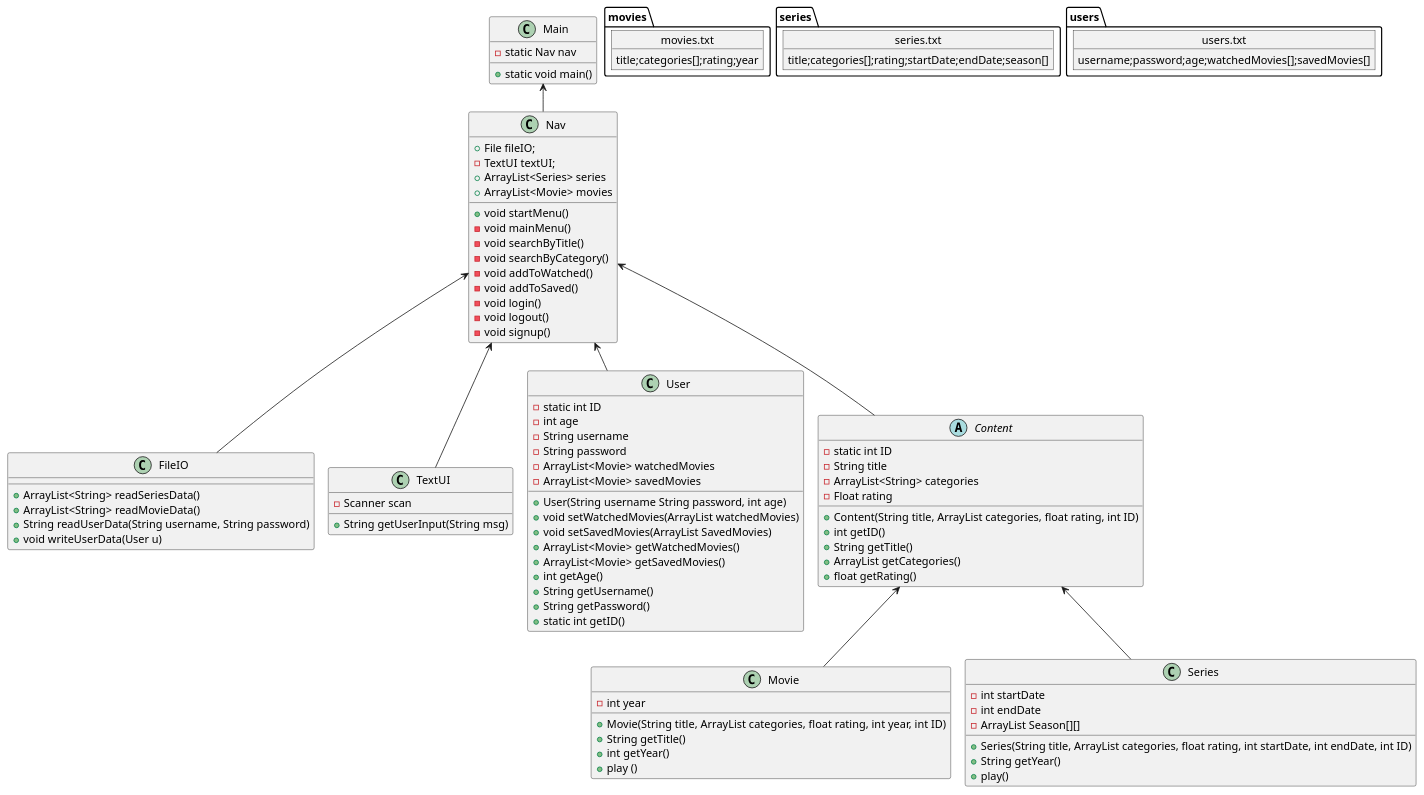
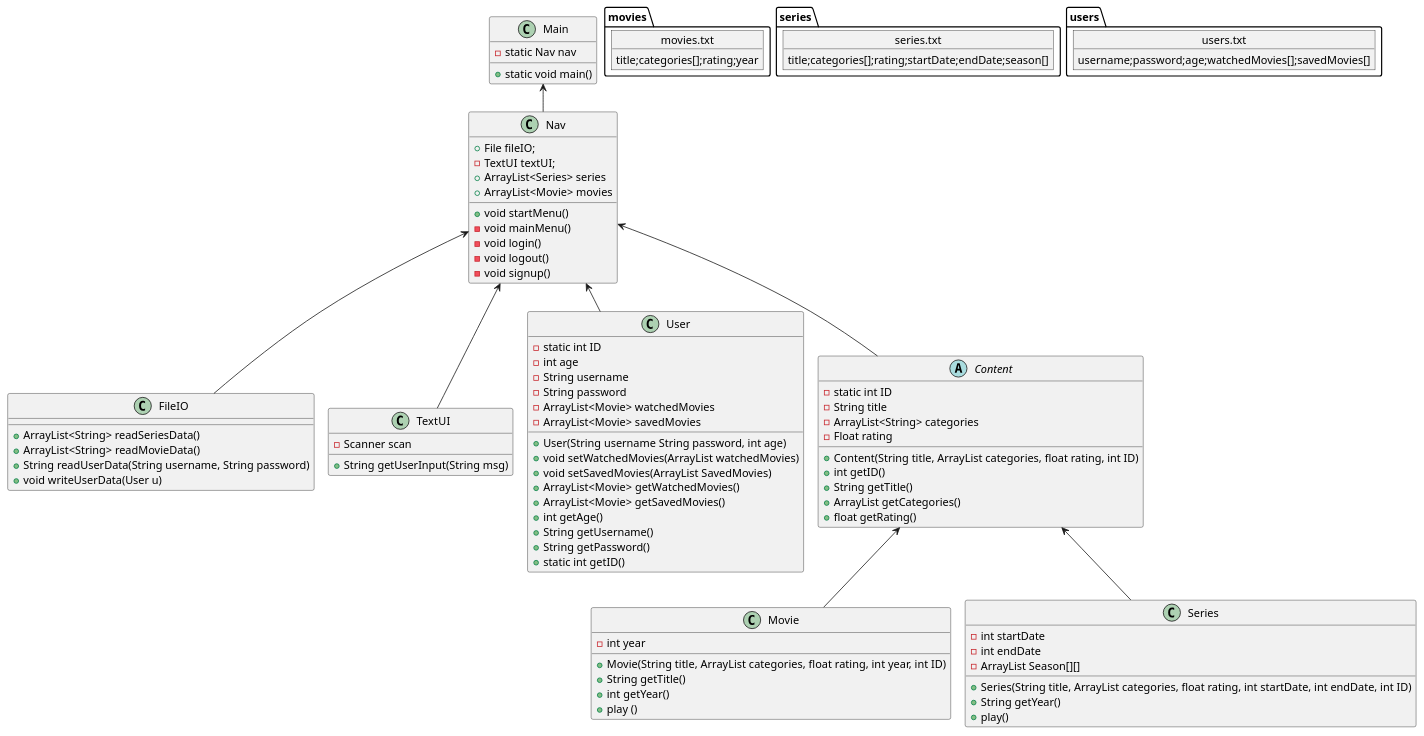
The diagram in showandtell/Documentation/classDiagramV2.puml (bakkary/Streaming-Tjeneste), drawn with PlantUML before and after one commit.

Commit message:
new diagrams

```diff
--- a/showandtell/Documentation/classDiagramV2.puml
+++ b/showandtell/Documentation/classDiagramV2.puml
@@ -1,105 +1,101 @@
 @startuml
 !pragma layout smetana
 'https://plantuml.com/class-diagram
 
 class Main{
 - static Nav nav
 + static void main()
 }
 
 
 class Nav {
 + File fileIO;
 - TextUI textUI;
 + ArrayList<Series> series
 + ArrayList<Movie> movies
 + void startMenu()
 - void mainMenu()
-- void searchByTitle()
-- void searchByCategory()
-- void addToWatched()
-- void addToSaved()
 - void login()
 - void logout()
 - void signup()
 }
 
 class FileIO {
 + ArrayList<String> readSeriesData()
 + ArrayList<String> readMovieData()
 + String readUserData(String username, String password)
 + void writeUserData(User u)
 }
 
 class TextUI {
 - Scanner scan
 + String getUserInput(String msg)
 
 }
 class User {
 - static int ID
 - int age
 - String username
 - String password
 - ArrayList<Movie> watchedMovies
 - ArrayList<Movie> savedMovies
 + User(String username String password, int age)
 + void setWatchedMovies(ArrayList watchedMovies)
 + void setSavedMovies(ArrayList SavedMovies)
 + ArrayList<Movie> getWatchedMovies()
 + ArrayList<Movie> getSavedMovies()
 + int getAge()
 + String getUsername()
 + String getPassword()
 + static int getID()
 }
 
 class Movie {
 - int year
 + Movie(String title, ArrayList categories, float rating, int year, int ID)
 + String getTitle()
 + int getYear()
 + play ()
 }
 
 class Series {
 - int startDate
 - int endDate
 - ArrayList Season[][]
 + Series(String title, ArrayList categories, float rating, int startDate, int endDate, int ID)
 + String getYear()
 + play()
 }
 
 abstract Content {
 - static int ID
 - String title
 - ArrayList<String> categories
 - Float rating
 + Content(String title, ArrayList categories, float rating, int ID)
 + int getID()
 + String getTitle()
 + ArrayList getCategories()
 + float getRating()
 }
 
 Main <-- Nav
 Nav <-- User
 Nav <-- Content
 Nav <-- TextUI
 Nav <-- FileIO
 Content <-- Movie
 Content <-- Series
 
 object movies.txt {
 title;categories[];rating;year
 }
 
 object series.txt {
 title;categories[];rating;startDate;endDate;season[]
 }
 object users.txt {
 username;password;age;watchedMovies[];savedMovies[]
 }
 
 @enduml
```
